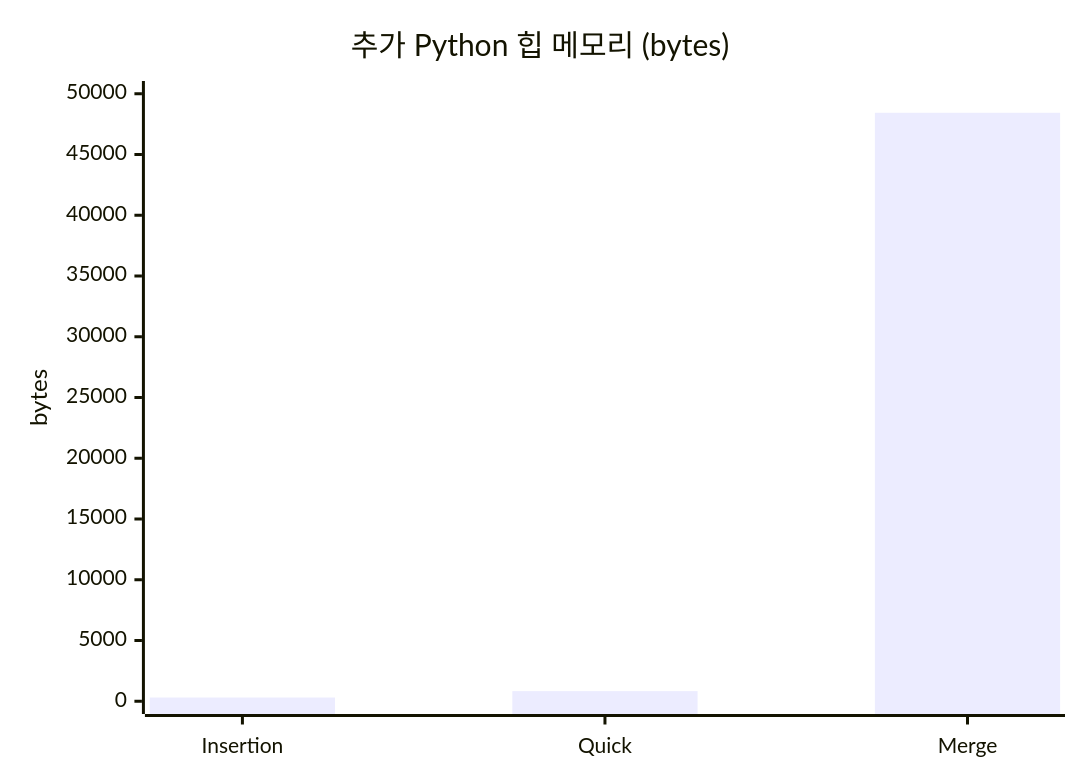
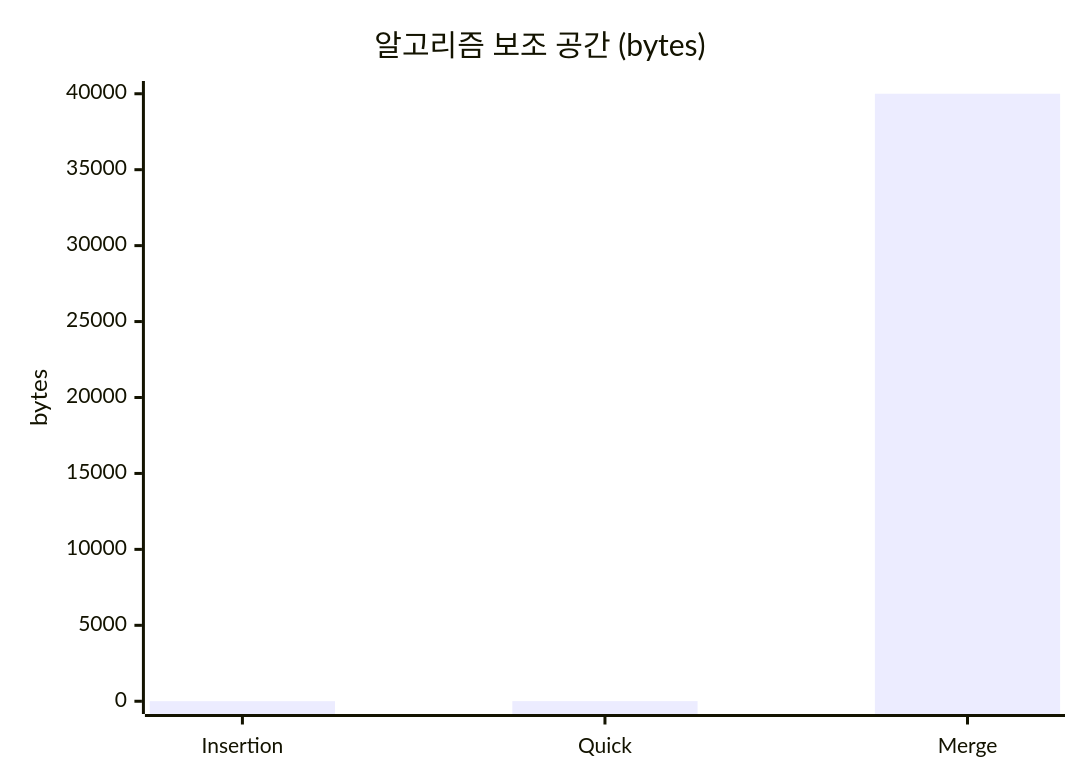
Before and after one commit to ramzz527/hw1-2026-SeminAhn: the seventh of 7 diagrams in report.md, drawn with Mermaid. The commit also changed other lines of this file and 17 other files, not shown here.

````diff
--- a/report.md
+++ b/report.md
@@ -99,7 +162,7 @@
 ```mermaid
 xychart-beta
-    title "추가 Python 힙 메모리 (bytes)"
+    title "알고리즘 보조 공간 (bytes)"
     x-axis ["Insertion", "Quick", "Merge"]
-    y-axis "bytes" 0 --> 50000
-    bar [308, 832, 48436]
+    y-axis "bytes" 0 --> 40000
+    bar [4, 8, 40000]
 ```
````
